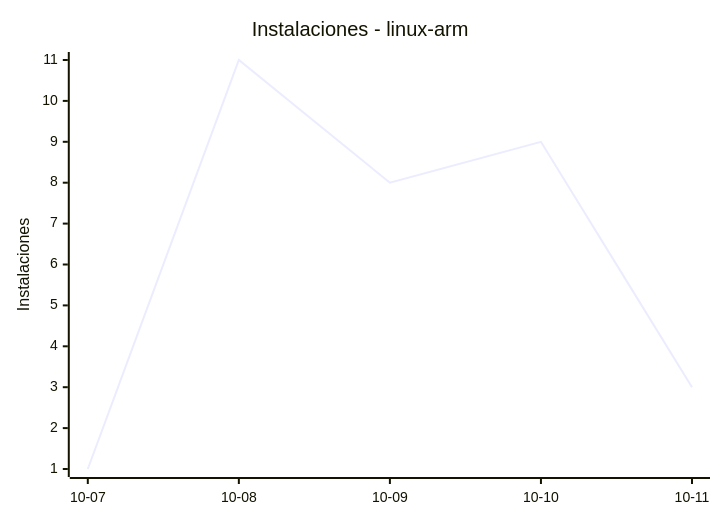
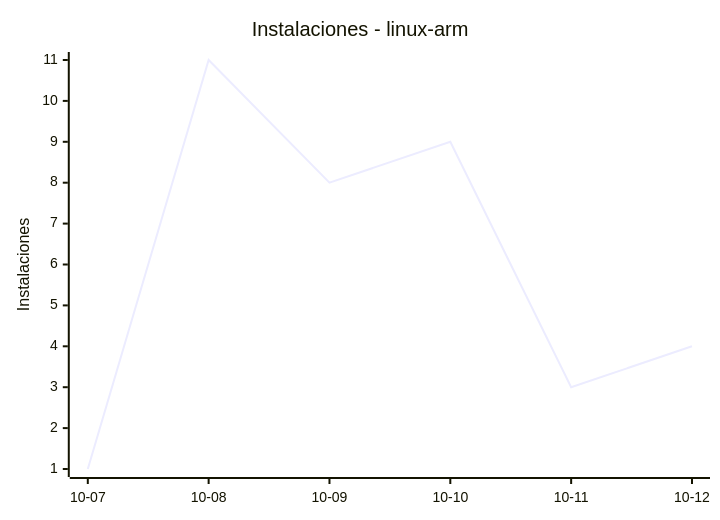
One commit to EmuDeck/stats changed the fifth of 8 diagrams in README.md. Above: the diagram before and after it, drawn with Mermaid. The commit also changed other lines of this file and 2 other files, not shown here.

````diff
--- a/README.md
+++ b/README.md
@@ -60,7 +60,7 @@
 ```mermaid
 xychart-beta
     title "Instalaciones - linux-arm"
-    x-axis ["10-07", "10-08", "10-09", "10-10", "10-11"]
+    x-axis ["10-07", "10-08", "10-09", "10-10", "10-11", "10-12"]
     y-axis "Instalaciones"
-    line [1, 11, 8, 9, 3]
+    line [1, 11, 8, 9, 3, 4]
 ```
````
